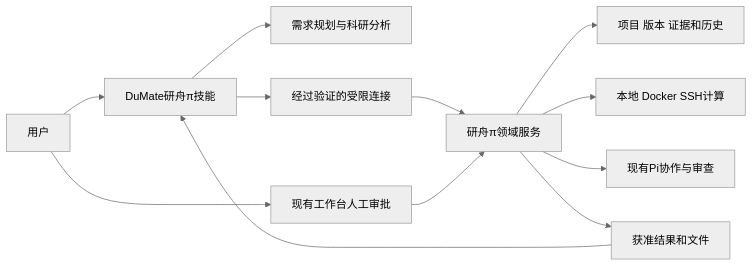
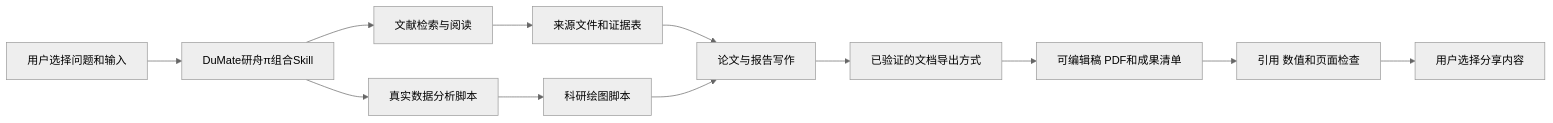
Before and after one commit to hailuohl/pi-research: the diagram in docs/DUMATE-MIGRATION-PLAN.zh-CN.md, drawn with Mermaid (neutral theme). The commit also changed other lines of this file and 2 other files, not shown here.

````diff
--- a/docs/DUMATE-MIGRATION-PLAN.zh-CN.md
+++ b/docs/DUMATE-MIGRATION-PLAN.zh-CN.md
@@ -47,14 +46,14 @@
 ```mermaid
 flowchart LR
-    U[用户] --> D[DuMate研舟π技能]
-    D --> A[需求规划与科研分析]
-    D --> B[经过验证的受限连接]
-    B --> R[研舟π领域服务]
-    U --> P[现有工作台人工审批]
-    P --> R
-    R --> S[项目 版本 证据和历史]
-    R --> C[本地 Docker SSH计算]
-    R --> I[现有Pi协作与审查]
-    R --> F[获准结果和文件]
-    F --> D
+    U[用户选择问题和输入] --> D[DuMate研舟π组合Skill]
+    D --> L[文献检索与阅读]
+    L --> E[来源文件和证据表]
+    D --> A[真实数据分析脚本]
+    A --> F[科研绘图脚本]
+    E --> W[论文与报告写作]
+    F --> W
+    W --> C[已验证的文档导出方式]
+    C --> O[可编辑稿 PDF和成果清单]
+    O --> Q[引用 数值和页面检查]
+    Q --> S[用户选择分享内容]
 ```
````
